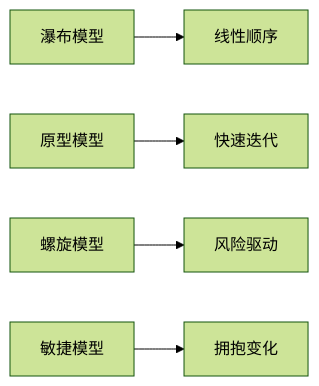
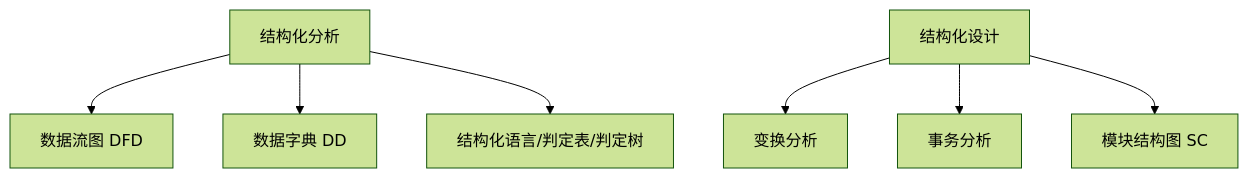
The second of 2 diagrams in server/internal/seed/markdown/ch05.md (Norman-pong/architect-prep), drawn with Mermaid (forest theme) before and after one commit. The commit also changed other lines of this file and 29 other files, not shown here.

````diff
--- a/server/internal/seed/markdown/ch05.md
+++ b/server/internal/seed/markdown/ch05.md
@@ -13,7 +239,10 @@
 ```mermaid
-graph LR
-    A[瀑布模型] --> B[线性顺序]
-    C[原型模型] --> D[快速迭代]
-    E[螺旋模型] --> F[风险驱动]
-    G[敏捷模型] --> H[拥抱变化]
+graph TD
+    A[结构化分析] --> B[数据流图 DFD]
+    A --> C[数据字典 DD]
+    A --> D[结构化语言/判定表/判定树]
+
+    E[结构化设计] --> F[变换分析]
+    E --> G[事务分析]
+    E --> H[模块结构图 SC]
 ```
````
